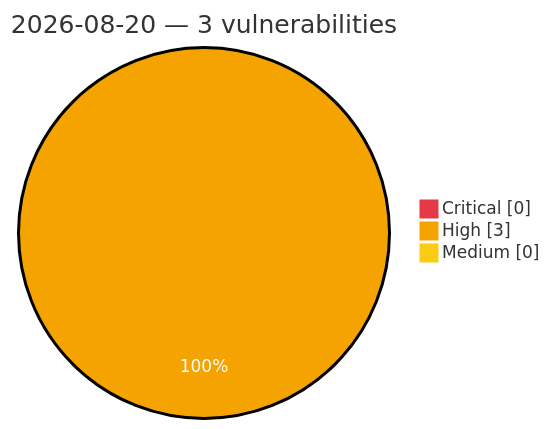
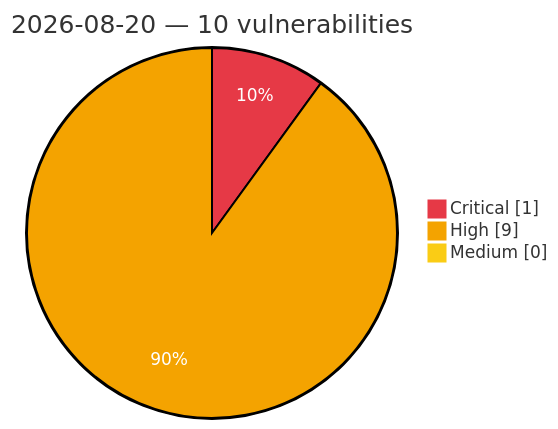
Before and after one commit to GhostX0X/vuln-tracker: the diagram in vulnerabilities/2026/August/2026-08-20.md, drawn with Mermaid. The commit also changed other lines of this file and 5 other files, not shown here.

Commit message:
Auto update: critical/high vulns (2026-08-20 10:05 UTC)

````diff
--- a/vulnerabilities/2026/August/2026-08-20.md
+++ b/vulnerabilities/2026/August/2026-08-20.md
@@ -3,8 +3,8 @@
 ```mermaid
 %%{init: {'theme':'base', 'themeVariables': {'pie1':'#e63946', 'pie2':'#f4a300', 'pie3':'#facc15', 'pieOpacity':'1', 'pieOuterStrokeWidth':'2px', 'pieSectionTextColor':'#ffffff'}}}%%
 pie showData
-    title 2026-08-20 — 3 vulnerabilities
-    "Critical" : 0
-    "High" : 3
+    title 2026-08-20 — 10 vulnerabilities
+    "Critical" : 1
+    "High" : 9
     "Medium" : 0
 ```
````
